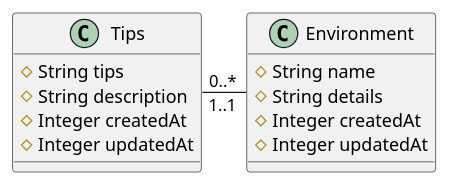
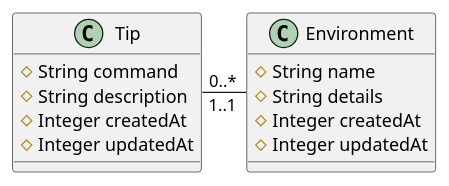
One commit to mathieu-bonhommeau/memo_backend changed the diagram in docs/diagrams/memo-cmd.puml. Above: the diagram before and after it, drawn with PlantUML. The commit also changed 48 other files, not shown here.

Commit message:
fix: add relation tip - environment and change tips for tip

```diff
--- a/docs/diagrams/memo-cmd.puml
+++ b/docs/diagrams/memo-cmd.puml
@@ -1,19 +1,19 @@
 @startuml
 
-class Tips {
-    # String tips
+class Tip {
+    # String command
     # String description
     # Integer createdAt
     # Integer updatedAt
 }
 
 class Environment {
     # String name
     # String details
     # Integer createdAt
     # Integer updatedAt
 }
 
-Tips "0..*" - "1..1" Environment
+Tip "0..*" - "1..1" Environment
 
 @enduml
```
